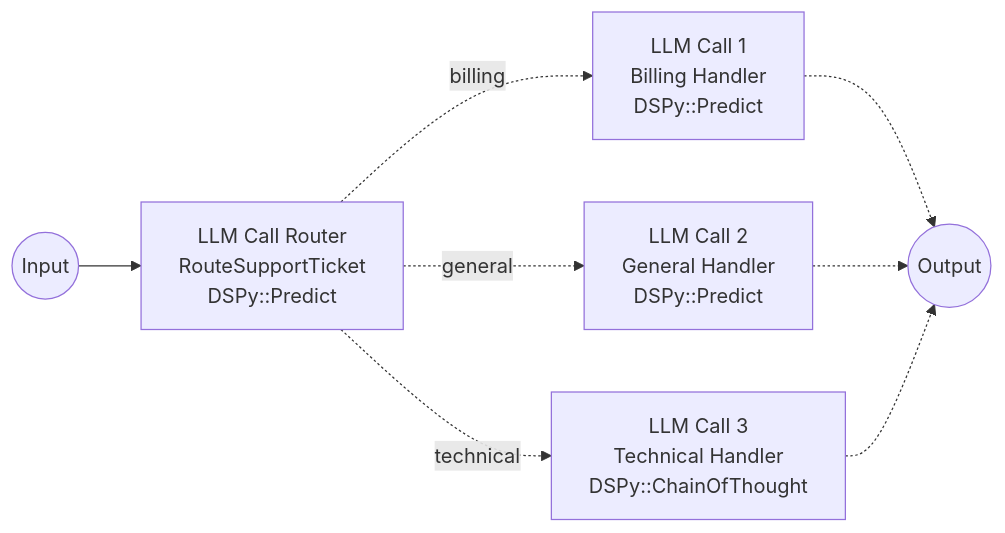
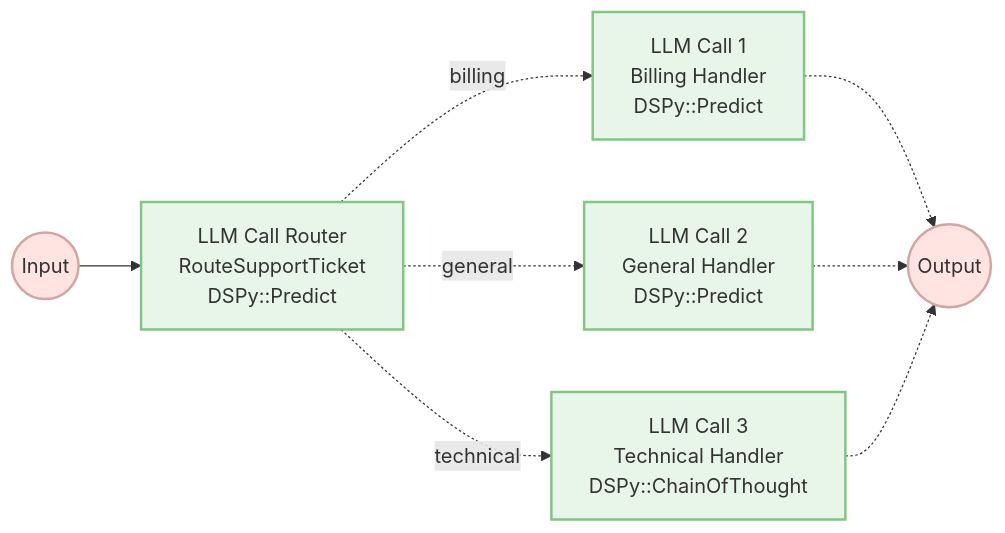
The diagram in docs/src/_articles/workflow-routing-with-dspy.rb.md (vicentereig/dspy.rb), drawn with Mermaid before and after one commit.

Commit message:
docs: add colors to workflow router diagram
- In/Out nodes: peachy/salmon color
- LLM Call boxes: light green
- Match reference visual style from Anthropic's guide

🤖 Generated with [Claude Code](https://claude.com/claude-code)

````diff
--- a/docs/src/_articles/workflow-routing-with-dspy.rb.md
+++ b/docs/src/_articles/workflow-routing-with-dspy.rb.md
@@ -20,14 +20,21 @@
 ```mermaid
 flowchart LR
     In((Input))
     Router["LLM Call Router\nRouteSupportTicket\nDSPy::Predict"]
     Billing["LLM Call 1\nBilling Handler\nDSPy::Predict"]
     General["LLM Call 2\nGeneral Handler\nDSPy::Predict"]
     Technical["LLM Call 3\nTechnical Handler\nDSPy::ChainOfThought"]
     Out((Output))
 
     In --> Router
     Router -.->|billing| Billing -.-> Out
     Router -.->|general| General -.-> Out
     Router -.->|technical| Technical -.-> Out
+
+    style In fill:#ffe4e1,stroke:#d4a5a5,stroke-width:2px
+    style Out fill:#ffe4e1,stroke:#d4a5a5,stroke-width:2px
+    style Router fill:#e8f5e9,stroke:#81c784,stroke-width:2px
+    style Billing fill:#e8f5e9,stroke:#81c784,stroke-width:2px
+    style General fill:#e8f5e9,stroke:#81c784,stroke-width:2px
+    style Technical fill:#e8f5e9,stroke:#81c784,stroke-width:2px
 ```
````
